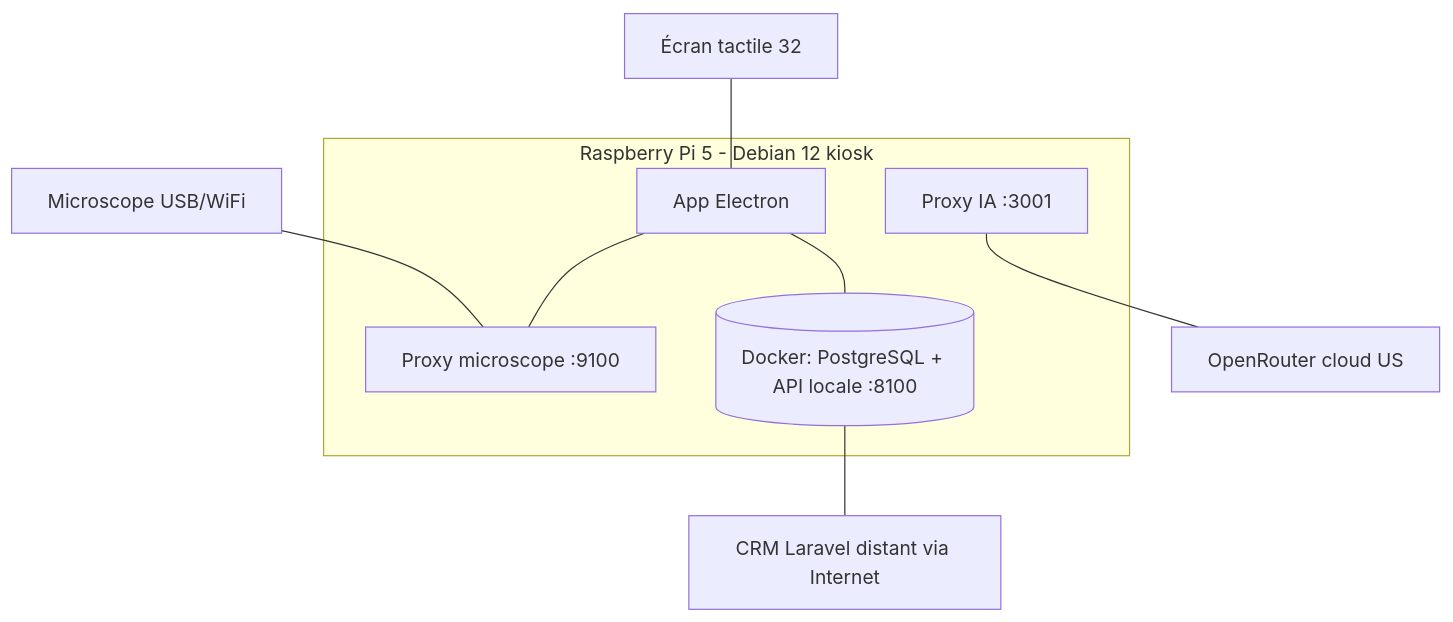
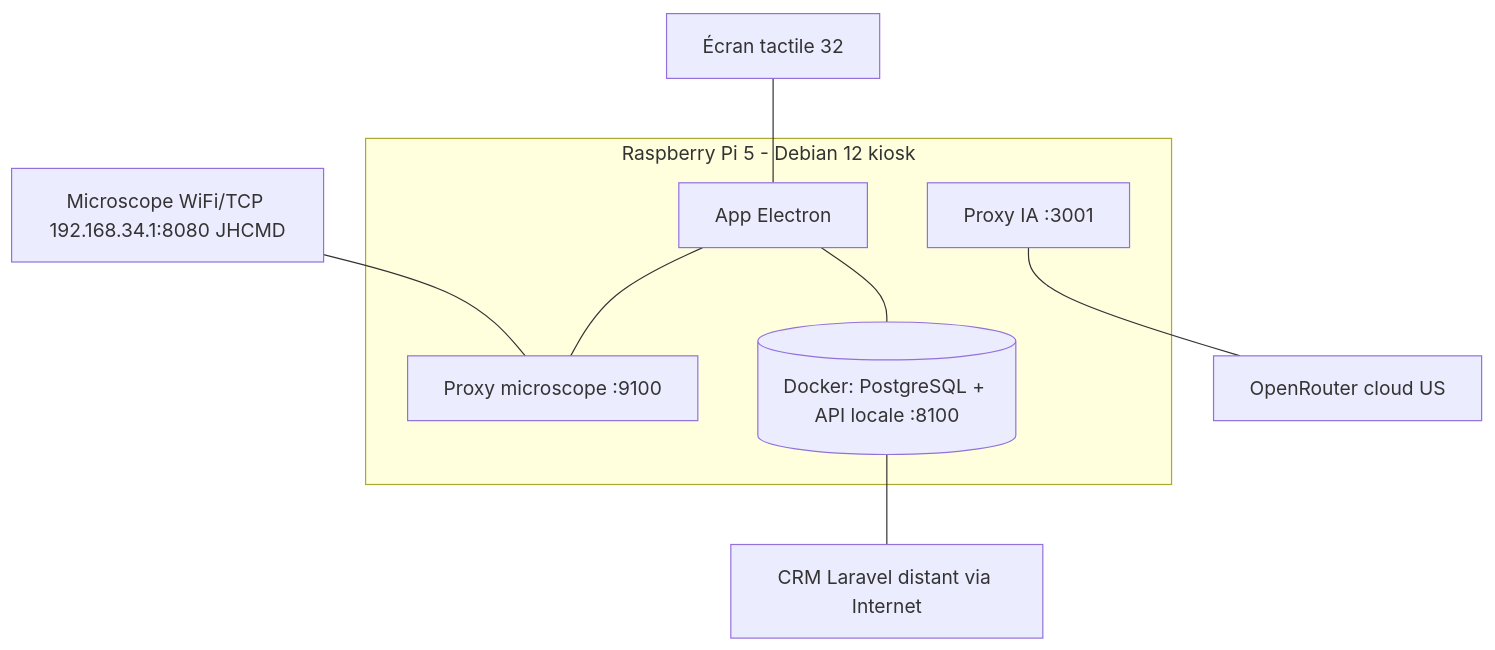
The third of 3 diagrams in docs/DOCUMENT-COMPLET-RNCP.md (Wazadriano/projet-miroirIoT), drawn with Mermaid before and after one commit. The commit also changed other lines of this file and 20 other files, not shown here.

First line of the commit message:
docs: align documentation with real stack (MVP vs roadmap) and encryption

````diff
--- a/docs/DOCUMENT-COMPLET-RNCP.md
+++ b/docs/DOCUMENT-COMPLET-RNCP.md
@@ -292,12 +292,12 @@
 ```mermaid
 graph TB
   subgraph Pi[Raspberry Pi 5 - Debian 12 kiosk]
     E[App Electron] --- Pr[Proxy microscope :9100]
     E --- D[(Docker: PostgreSQL + API locale :8100)]
     IA[Proxy IA :3001]
   end
-  Mic[Microscope USB/WiFi] --- Pr
+  Mic[Microscope WiFi/TCP 192.168.34.1:8080 JHCMD] --- Pr
   Ecran[Écran tactile 32] --- E
   IA --- OR[OpenRouter cloud US]
   D --- CRM[CRM Laravel distant via Internet]
 ```
````
